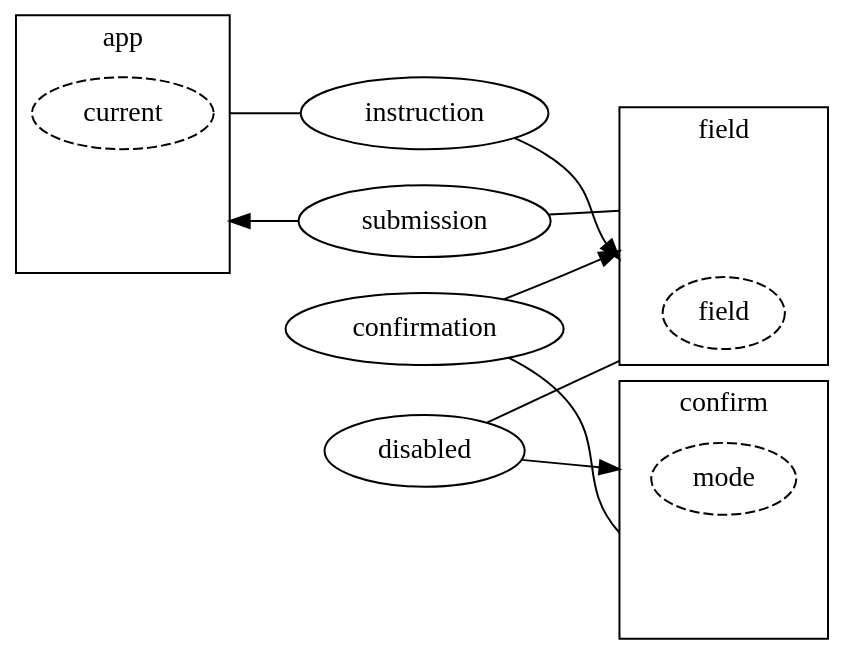
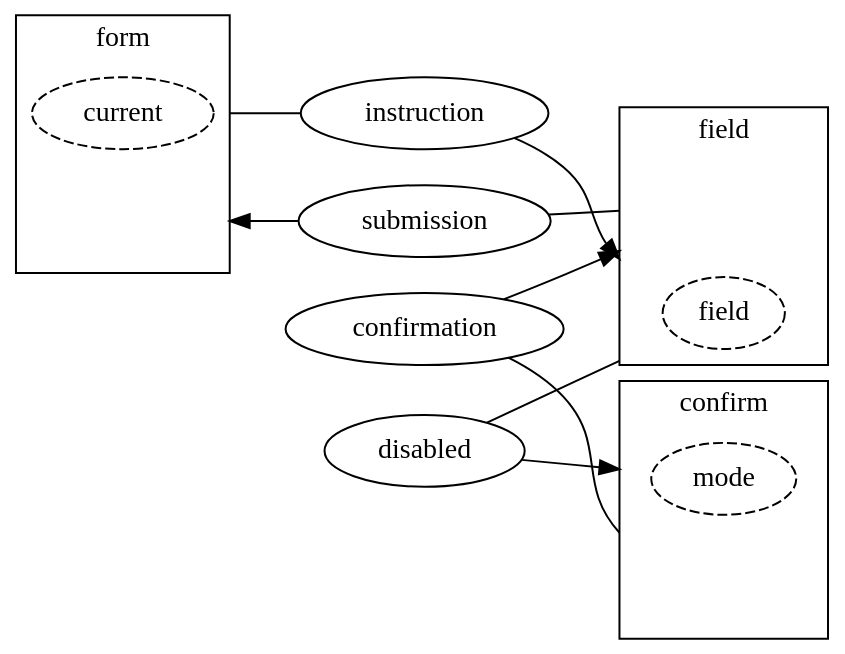
The diagram in images/components.dot (krawaller/jscomp), drawn with Graphviz before and after one commit. The commit also changed 319 other files, not shown here.

```diff
--- a/images/components.dot
+++ b/images/components.dot
@@ -1,41 +1,41 @@
 digraph {
   rankdir = LR
   bgcolor = transparent
   compound = true
 
 
-  subgraph cluster_app {
-    label = "app"
+  subgraph cluster_form {
+    label = "form"
     current [style=dashed]
     bogus1
   }
 
   subgraph cluster_field {
     label = "field"
     field [style=dashed]
     bogus2
   }
 
   subgraph cluster_confirm {
     label = "confirm"
     mode [style=dashed]
     bogus3
   }
 
   bogus1, bogus2, bogus3 [color=transparent,fontcolor=transparent]
 
-  current -> instruction [ltail=cluster_app, dir=none]
+  current -> instruction [ltail=cluster_form, dir=none]
   instruction -> field [lhead=cluster_field]
 
   field -> disabled [ltail=cluster_field, dir=none]
   disabled -> mode [lhead=cluster_confirm]
 
   bogus3 -> confirmation [ltail=cluster_confirm, dir=none, constraint=none]
   confirmation -> bogus2 [lhead=cluster_field]
 
   bogus2 -> submission [ltail=cluster_field, dir=none, constraint=none]
-  submission -> bogus1 [lhead=cluster_app]
+  submission -> bogus1 [lhead=cluster_form]
 
   {rank=same; disabled, confirmation}
   {rank=same; instruction, submission}
 }
```
